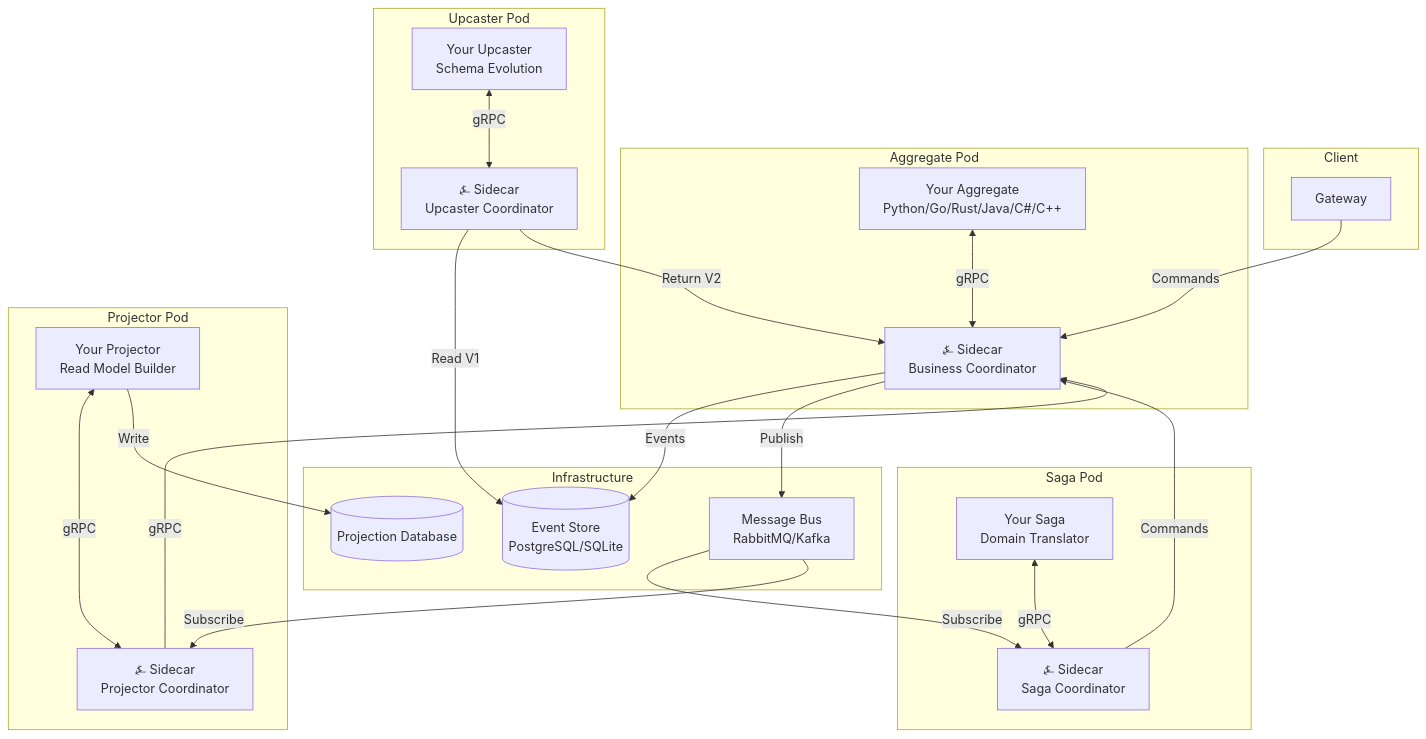
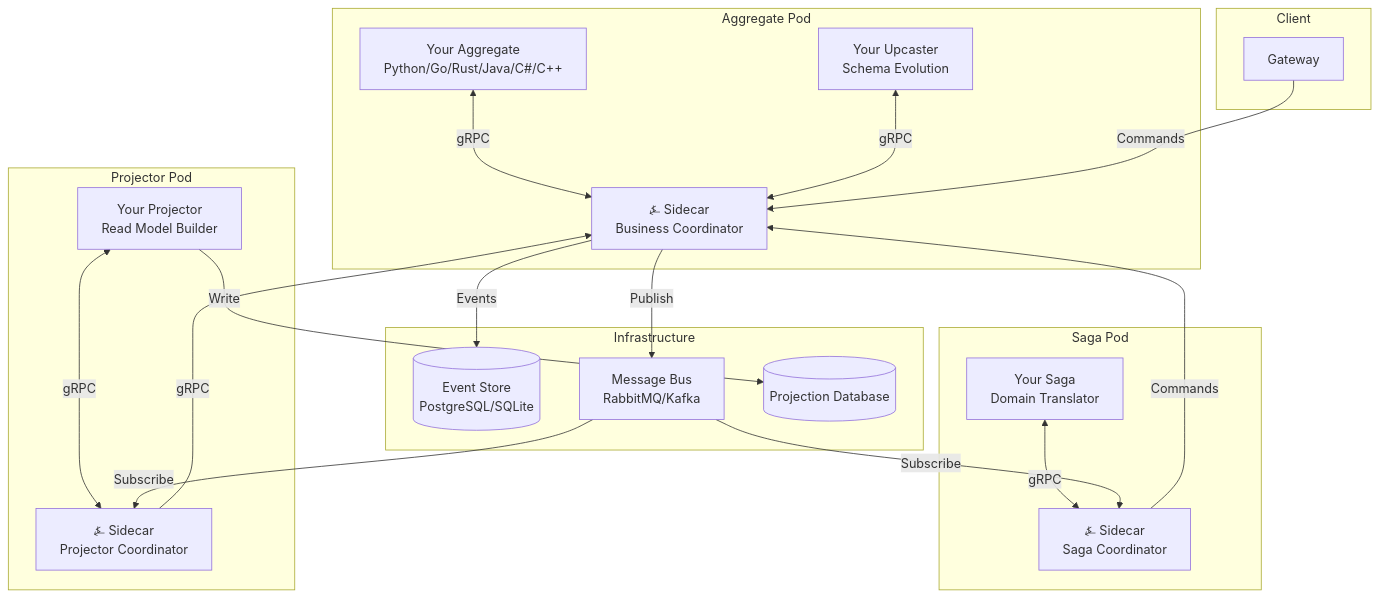
The diagram in docs/docs/intro.md (benjaminabbitt/angzarr), drawn with Mermaid before and after one commit. The commit also changed 1 other file, not shown here.

Commit message:
Move upcaster into aggregate pod in architecture diagrams

````diff
--- a/docs/docs/intro.md
+++ b/docs/docs/intro.md
@@ -73,47 +73,41 @@
 ```mermaid
 flowchart TB
     subgraph Client
         GW[Gateway]
     end
 
     subgraph Infrastructure
         ES[(Event Store<br/>PostgreSQL/SQLite)]
         BUS[Message Bus<br/>RabbitMQ/Kafka]
         PRJ_DB[(Projection Database)]
     end
 
     subgraph AggPod[Aggregate Pod]
         AGG[Your Aggregate<br/>Python/Go/Rust/Java/C#/C++]
+        UPC[Your Upcaster<br/>Schema Evolution]
         AGG_COORD[⍼ Sidecar<br/>Business Coordinator]
         AGG <--> |gRPC| AGG_COORD
+        UPC <--> |gRPC| AGG_COORD
     end
 
     subgraph SagaPod[Saga Pod]
         SAGA[Your Saga<br/>Domain Translator]
         SAGA_COORD[⍼ Sidecar<br/>Saga Coordinator]
         SAGA <--> |gRPC| SAGA_COORD
     end
 
     subgraph PrjPod[Projector Pod]
         PRJ[Your Projector<br/>Read Model Builder]
         PRJ_COORD[⍼ Sidecar<br/>Projector Coordinator]
         PRJ <--> |gRPC| PRJ_COORD
     end
 
-    subgraph UpcPod[Upcaster Pod]
-        UPC[Your Upcaster<br/>Schema Evolution]
-        UPC_COORD[⍼ Sidecar<br/>Upcaster Coordinator]
-        UPC <--> |gRPC| UPC_COORD
-    end
-
     GW --> |Commands| AGG_COORD
     AGG_COORD --> |Events| ES
     AGG_COORD --> |Publish| BUS
     BUS --> |Subscribe| SAGA_COORD
     BUS --> |Subscribe| PRJ_COORD
     SAGA_COORD --> |Commands| AGG_COORD
     PRJ_COORD --> |gRPC| AGG_COORD
     PRJ --> |Write| PRJ_DB
-    UPC_COORD --> |Read V1| ES
-    UPC_COORD --> |Return V2| AGG_COORD
 ```
````
